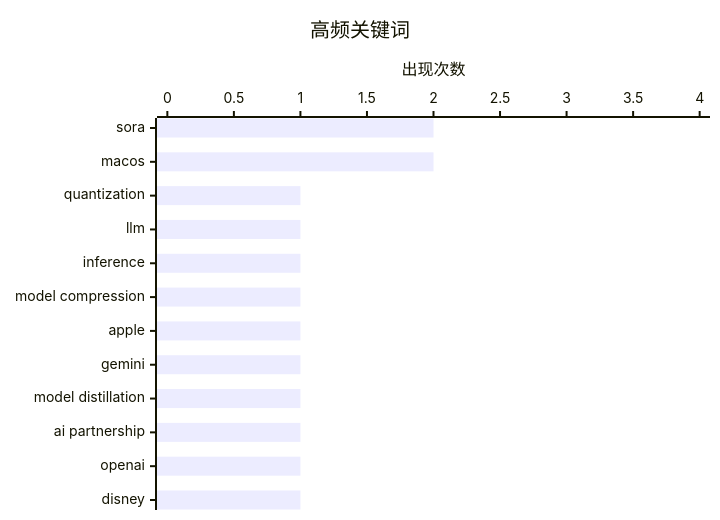
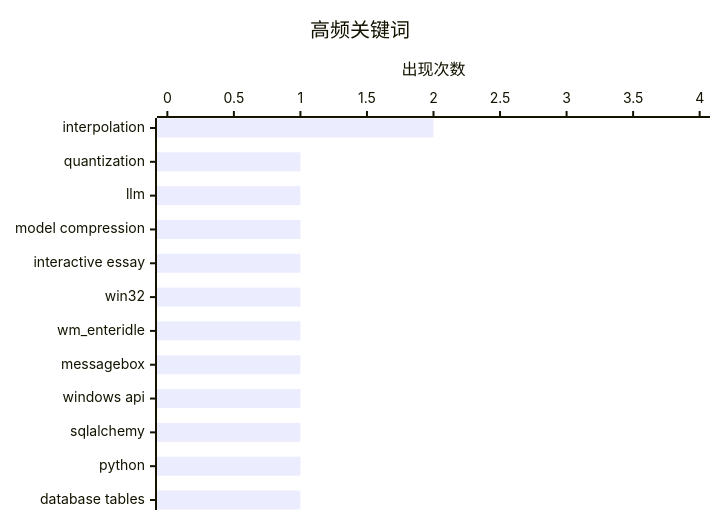
One commit to originem0/SZBlog changed the second of 2 diagrams in content/ai-daily/2026-03-27.md. Above: the diagram before and after it, drawn with Mermaid. The commit also changed other lines of this file, not shown here.

````diff
--- a/content/ai-daily/2026-03-27.md
+++ b/content/ai-daily/2026-03-27.md
@@ -67,7 +67,7 @@
 ```mermaid
 xychart-beta horizontal
     title "高频关键词"
-    x-axis ["sora", "macos", "quantization", "llm", "inference", "model compression", "apple", "gemini", "model distillation", "ai partnership", "openai", "disney"]
+    x-axis ["interpolation", "quantization", "llm", "model compression", "interactive essay", "win32", "wm_enteridle", "messagebox", "windows api", "sqlalchemy", "python", "database tables"]
     y-axis "出现次数" 0 --> 4
-    bar [2, 2, 1, 1, 1, 1, 1, 1, 1, 1, 1, 1]
+    bar [2, 1, 1, 1, 1, 1, 1, 1, 1, 1, 1, 1]
 ```
````
